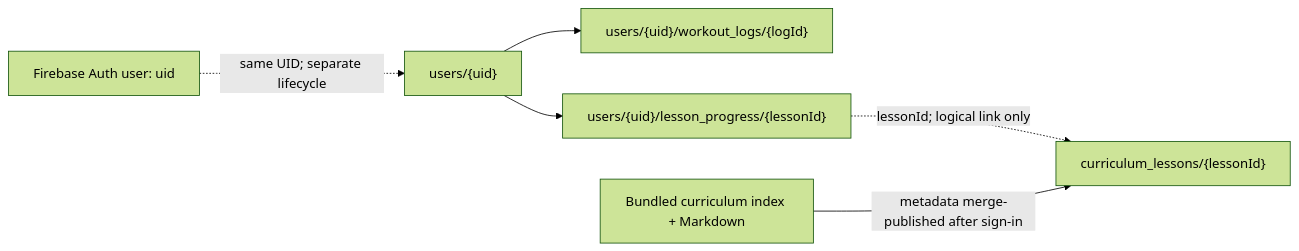
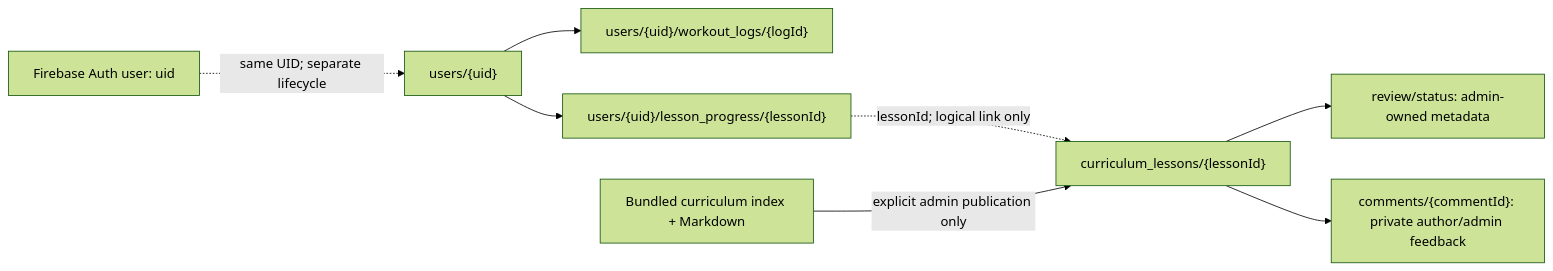
Before and after one commit to nickwang14/PhysWorkstudy: the diagram in docs/firestore-schema.md, drawn with Mermaid (forest theme). The commit also changed other lines of this file and 26 other files, not shown here.

Commit message:
feat: add admin lesson reviews and private feedback installer

````diff
--- a/docs/firestore-schema.md
+++ b/docs/firestore-schema.md
@@ -16,8 +16,10 @@
 ```mermaid
 flowchart LR
     A["Firebase Auth user: uid"] -. "same UID; separate lifecycle" .-> U["users/{uid}"]
     U --> W["users/{uid}/workout_logs/{logId}"]
     U --> P["users/{uid}/lesson_progress/{lessonId}"]
     P -. "lessonId; logical link only" .-> L["curriculum_lessons/{lessonId}"]
-    B["Bundled curriculum index + Markdown"] -->|"metadata merge-published after sign-in"| L
+    B["Bundled curriculum index + Markdown"] -->|"explicit admin publication only"| L
+    L --> R["review/status: admin-owned metadata"]
+    L --> C["comments/{commentId}: private author/admin feedback"]
 ```
````
